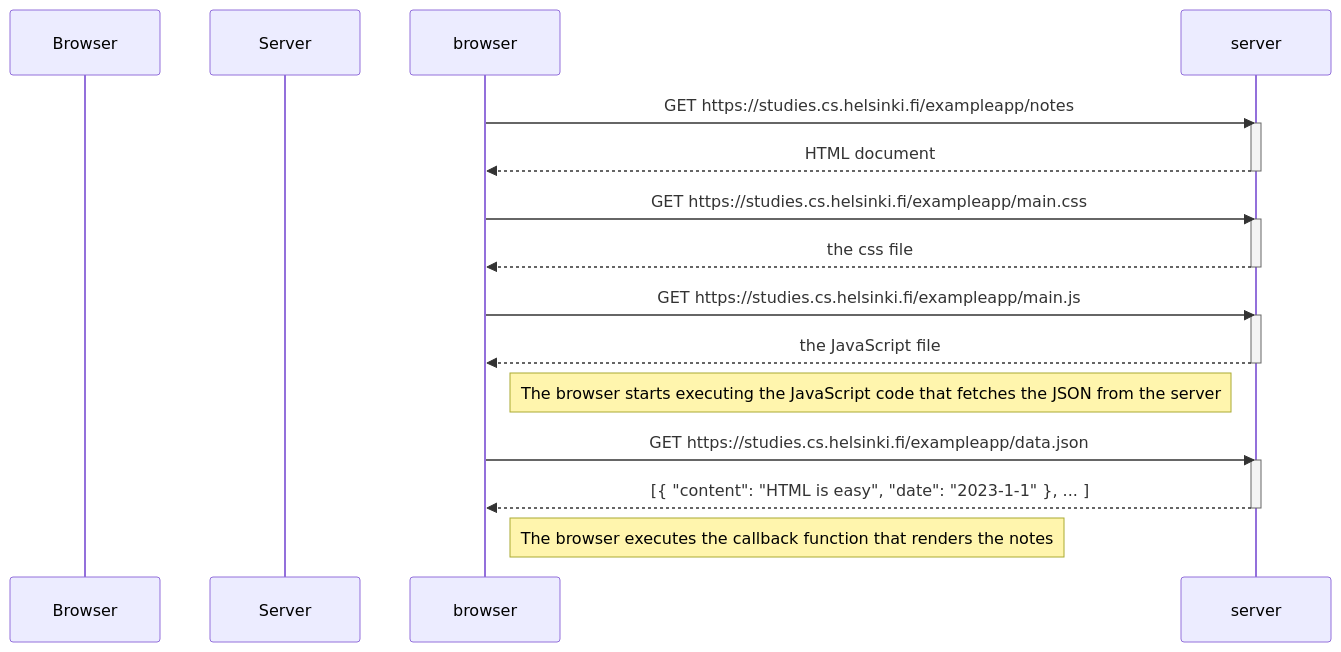
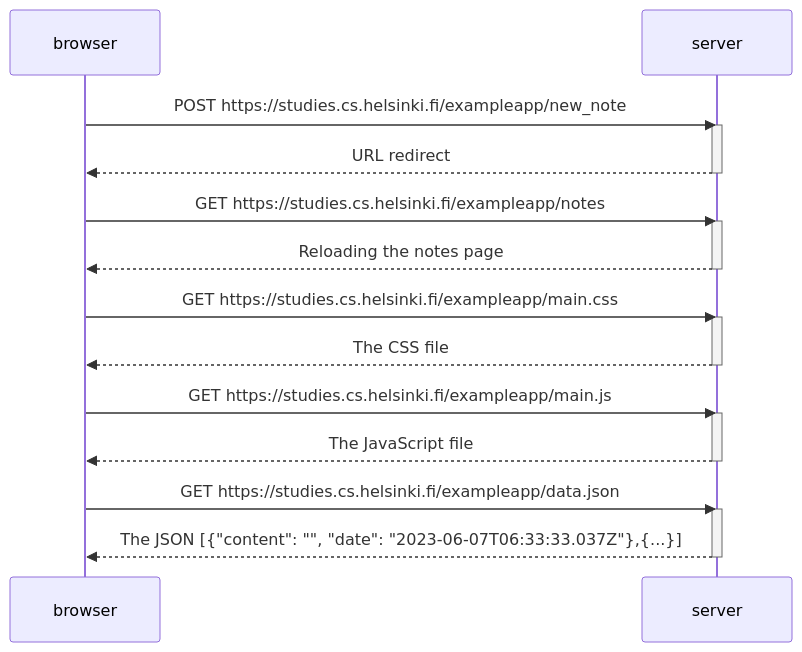
Before and after one commit to deetu001-xamk/FSO_course: the diagram in osa0/vastaukset.md, drawn with Mermaid.

````diff
--- a/osa0/vastaukset.md
+++ b/osa0/vastaukset.md
@@ -2,30 +2,32 @@
 ```mermaid
     sequenceDiagram
-        participant Browser
-        participant Server
+        participant browser
+        participant server
+        
+        browser->>server: POST https://studies.cs.helsinki.fi/exampleapp/new_note
+        activate server
+        server-->>browser: URL redirect
+        deactivate server
         
         browser->>server: GET https://studies.cs.helsinki.fi/exampleapp/notes
         activate server
-        server-->>browser: HTML document
+        server-->>browser: Reloading the notes page
         deactivate server
         
         browser->>server: GET https://studies.cs.helsinki.fi/exampleapp/main.css
         activate server
-        server-->>browser: the css file
+        server-->>browser: The CSS file
         deactivate server
         
         browser->>server: GET https://studies.cs.helsinki.fi/exampleapp/main.js
         activate server
-        server-->>browser: the JavaScript file
-        deactivate server
-        
-        Note right of browser: The browser starts executing the JavaScript code that fetches the JSON from the server
-        
+        server-->>browser: The JavaScript file
+        deactivate server    
+
         browser->>server: GET https://studies.cs.helsinki.fi/exampleapp/data.json
         activate server
-        server-->>browser: [{ "content": "HTML is easy", "date": "2023-1-1" }, ... ]
-        deactivate server    
+        server-->>browser: The JSON [{"content": "", "date": "2023-06-07T06:33:33.037Z"},{...}]
+        deactivate server   
 
-        Note right of browser: The browser executes the callback function that renders the notes 
 
 ```
````
